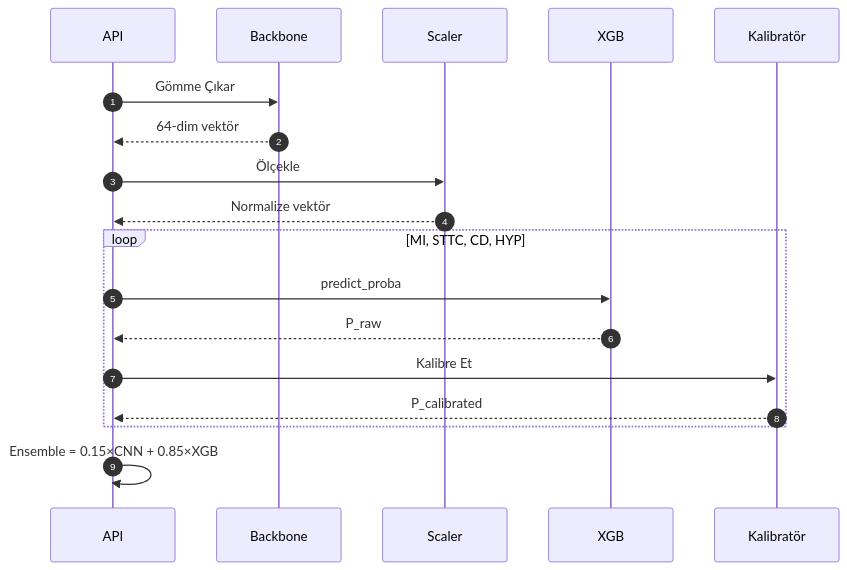
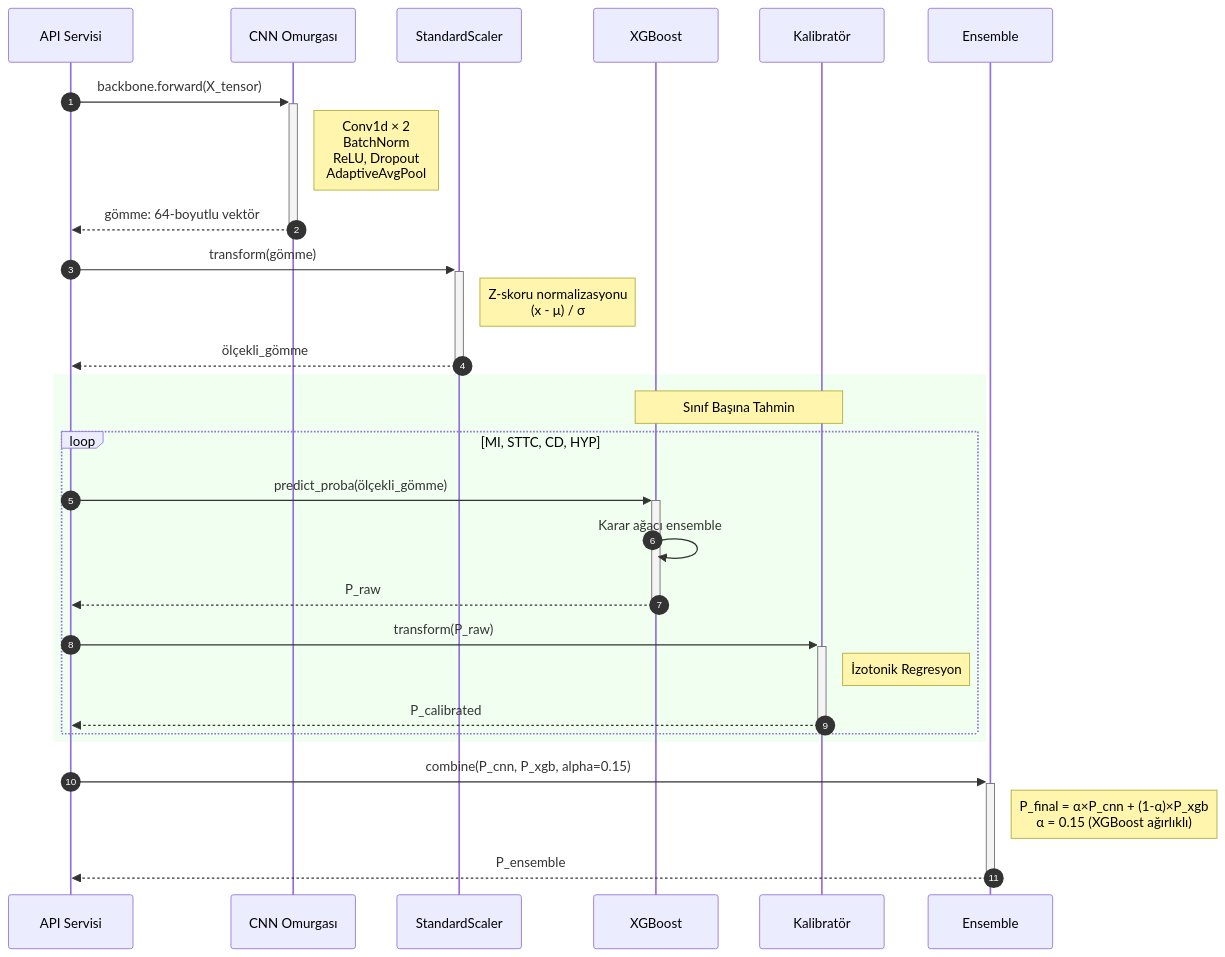
Before and after one commit to mUsaulug/CardioGuard-AI: the fourth of 9 diagrams in docs/diagrams/06_sequence_diagram.md, drawn with Mermaid. The commit also changed other lines of this file and 3 other files, not shown here.

````diff
--- a/docs/diagrams/06_sequence_diagram.md
+++ b/docs/diagrams/06_sequence_diagram.md
@@ -118,24 +215,35 @@
 ```mermaid
 sequenceDiagram
     autonumber
-    participant API
-    participant Backbone
-    participant Scaler
-    participant XGB
+    participant API as API Servisi
+    participant Backbone as CNN Omurgası
+    participant Scaler as StandardScaler
+    participant XGB as XGBoost
     participant Calib as Kalibratör
+    participant Ensemble as Ensemble
     
-    API->>Backbone: Gömme Çıkar
-    Backbone-->>API: 64-dim vektör
+    API->>+Backbone: backbone.forward(X_tensor)
+    Note right of Backbone: Conv1d × 2<br/>BatchNorm<br/>ReLU, Dropout<br/>AdaptiveAvgPool
+    Backbone-->>-API: gömme: 64-boyutlu vektör
     
-    API->>Scaler: Ölçekle
-    Scaler-->>API: Normalize vektör
+    API->>+Scaler: transform(gömme)
+    Note right of Scaler: Z-skoru normalizasyonu<br/>(x - μ) / σ
+    Scaler-->>-API: ölçekli_gömme
     
-    loop MI, STTC, CD, HYP
-        API->>XGB: predict_proba
-        XGB-->>API: P_raw
-        API->>Calib: Kalibre Et
-        Calib-->>API: P_calibrated
+    rect rgb(240, 255, 240)
+        Note over XGB, Calib: Sınıf Başına Tahmin
+        loop MI, STTC, CD, HYP
+            API->>+XGB: predict_proba(ölçekli_gömme)
+            XGB->>XGB: Karar ağacı ensemble
+            XGB-->>-API: P_raw
+            
+            API->>+Calib: transform(P_raw)
+            Note right of Calib: İzotonik Regresyon
+            Calib-->>-API: P_calibrated
+        end
     end
     
-    API->>API: Ensemble = 0.15×CNN + 0.85×XGB
+    API->>+Ensemble: combine(P_cnn, P_xgb, alpha=0.15)
+    Note right of Ensemble: P_final = α×P_cnn + (1-α)×P_xgb<br/>α = 0.15 (XGBoost ağırlıklı)
+    Ensemble-->>-API: P_ensemble
 ```
````
